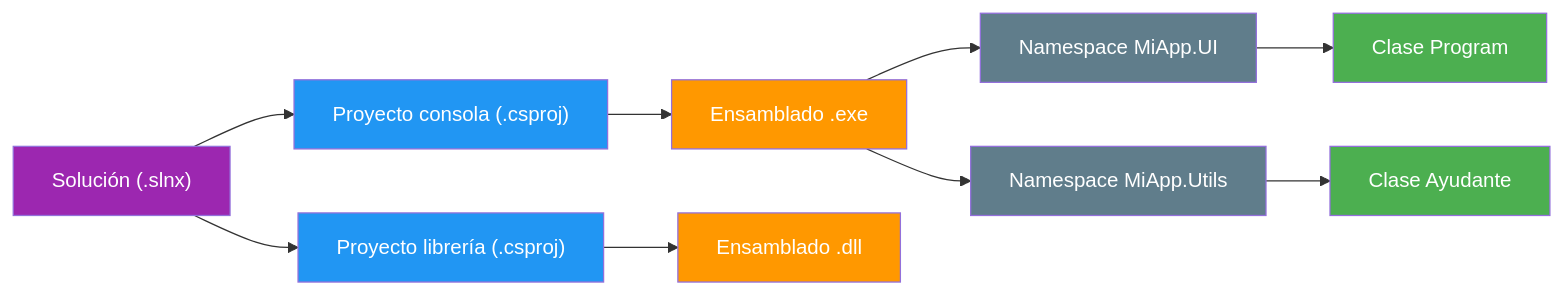
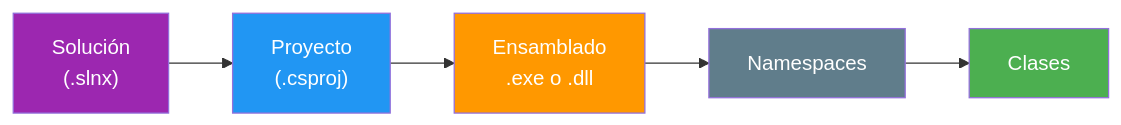
One commit to joseluisgs/Programacion-04-2026-2027 changed diagram 12 of 17 in slidev/slides.md. Above: the diagram before and after it, drawn with Mermaid. The commit also changed other lines of this file and 1 other file, not shown here.

Commit message:
feat: anade el punto 4 (clases, miembros y visibilidad) y parte las slides densas en dos

````diff
--- a/slidev/slides.md
+++ b/slidev/slides.md
@@ -1258,20 +1290,12 @@
 ```mermaid
 graph LR
-    SLN["Solución (.slnx)"] --> PRJ1["Proyecto consola (.csproj)"]
-    SLN --> PRJ2["Proyecto librería (.csproj)"]
-    PRJ1 --> ASM1["Ensamblado .exe"]
-    PRJ2 --> ASM2["Ensamblado .dll"]
-    ASM1 --> NS1["Namespace MiApp.UI"]
-    ASM1 --> NS2["Namespace MiApp.Utils"]
-    NS1 --> C1["Clase Program"]
-    NS2 --> C2["Clase Ayudante"]
+    SLN["Solución<br/>(.slnx)"] --> PRJ["Proyecto<br/>(.csproj)"]
+    PRJ --> ASM["Ensamblado<br/>.exe o .dll"]
+    ASM --> NS["Namespaces"]
+    NS --> C["Clases"]
     style SLN fill:#9C27B0,color:#fff
-    style PRJ1 fill:#2196F3,color:#fff
-    style PRJ2 fill:#2196F3,color:#fff
-    style ASM1 fill:#FF9800,color:#fff
-    style ASM2 fill:#FF9800,color:#fff
-    style NS1 fill:#607D8B,color:#fff
-    style NS2 fill:#607D8B,color:#fff
-    style C1 fill:#4CAF50,color:#fff
-    style C2 fill:#4CAF50,color:#fff
+    style PRJ fill:#2196F3,color:#fff
+    style ASM fill:#FF9800,color:#fff
+    style NS fill:#607D8B,color:#fff
+    style C fill:#4CAF50,color:#fff
 ```
````
